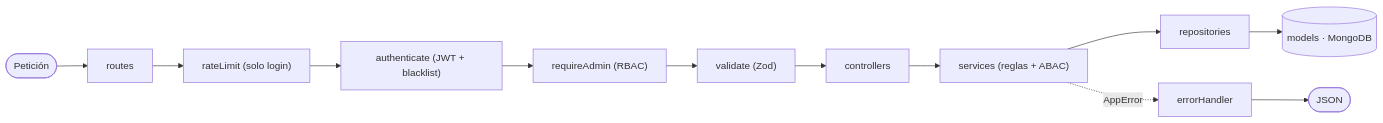
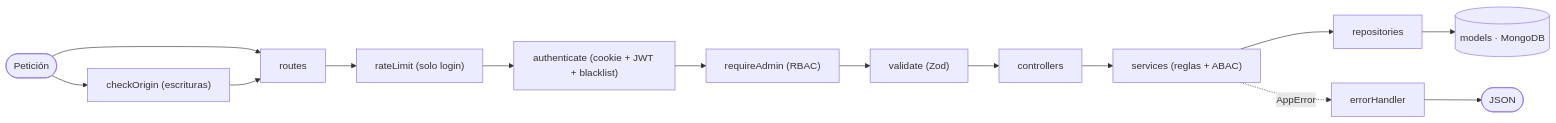
Before and after one commit to Yonderus/ReviShop-Tienda-Segunda-Mano: the first of 3 diagrams in secondhand-api/README.md, drawn with Mermaid. The commit also changed other lines of this file and 2 other files, not shown here.

Commit message:
docs: README, Postman y prompts actualizados a la sesión en cookie httpOnly (C3)

````diff
--- a/secondhand-api/README.md
+++ b/secondhand-api/README.md
@@ -93,14 +93,16 @@
 ```mermaid
 flowchart LR
     R([Petición]) --> RT[routes]
+    R --> OR["checkOrigin (escrituras)"]
+    OR --> RT
     RT --> RL["rateLimit (solo login)"]
-    RL --> AU["authenticate (JWT + blacklist)"]
+    RL --> AU["authenticate (cookie + JWT + blacklist)"]
     AU --> AD["requireAdmin (RBAC)"]
     AD --> V["validate (Zod)"]
     V --> C[controllers]
     C --> S["services (reglas + ABAC)"]
     S --> RP[repositories]
     RP --> M[("models · MongoDB")]
     S -. AppError .-> EH[errorHandler]
     EH --> RES([JSON])
 ```
````
